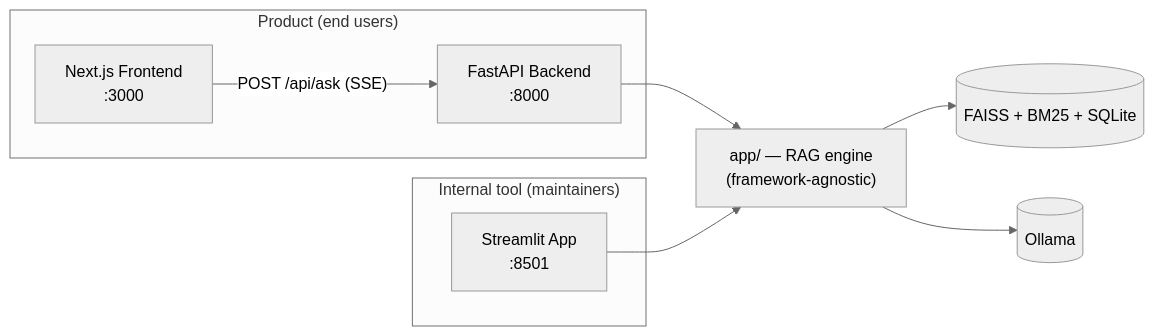
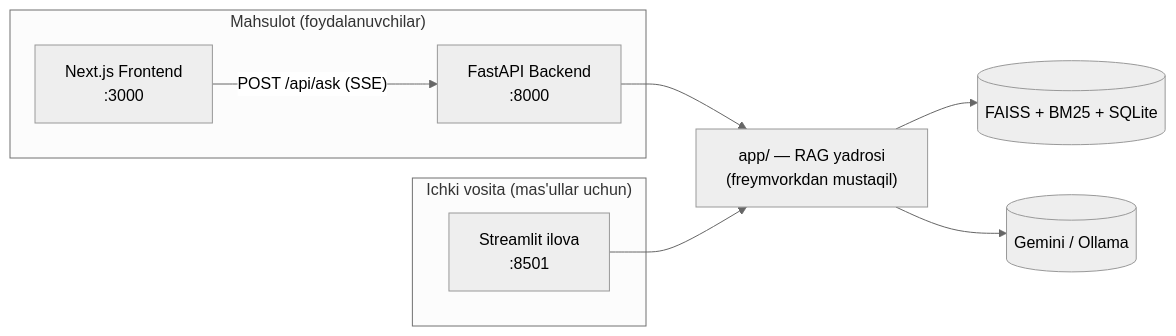
The diagram in hybrid_rag/docs/architecture.md (hamydullodev/project), drawn with Mermaid (neutral theme) before and after one commit. The commit also changed other lines of this file and 94 other files, not shown here.

First line of the commit message:
feat(hybrid_rag): multi-collection corpus, Gemini support, document analysis

````diff
--- a/hybrid_rag/docs/architecture.md
+++ b/hybrid_rag/docs/architecture.md
@@ -9,13 +9,13 @@
 ```mermaid
 flowchart LR
-    subgraph Product["Product (end users)"]
+    subgraph Product["Mahsulot (foydalanuvchilar)"]
         FE["Next.js Frontend<br/>:3000"] -->|"POST /api/ask (SSE)"| API["FastAPI Backend<br/>:8000"]
     end
-    subgraph Internal["Internal tool (maintainers)"]
-        ST["Streamlit App<br/>:8501"]
+    subgraph Internal["Ichki vosita (mas'ullar uchun)"]
+        ST["Streamlit ilova<br/>:8501"]
     end
     API --> CORE
     ST --> CORE
-    CORE["app/ — RAG engine<br/>(framework-agnostic)"] --> IDX[("FAISS + BM25 + SQLite")]
-    CORE --> LLM[("Ollama")]
+    CORE["app/ — RAG yadrosi<br/>(freymvorkdan mustaqil)"] --> IDX[("FAISS + BM25 + SQLite")]
+    CORE --> LLM[("Gemini / Ollama")]
 ```
````
